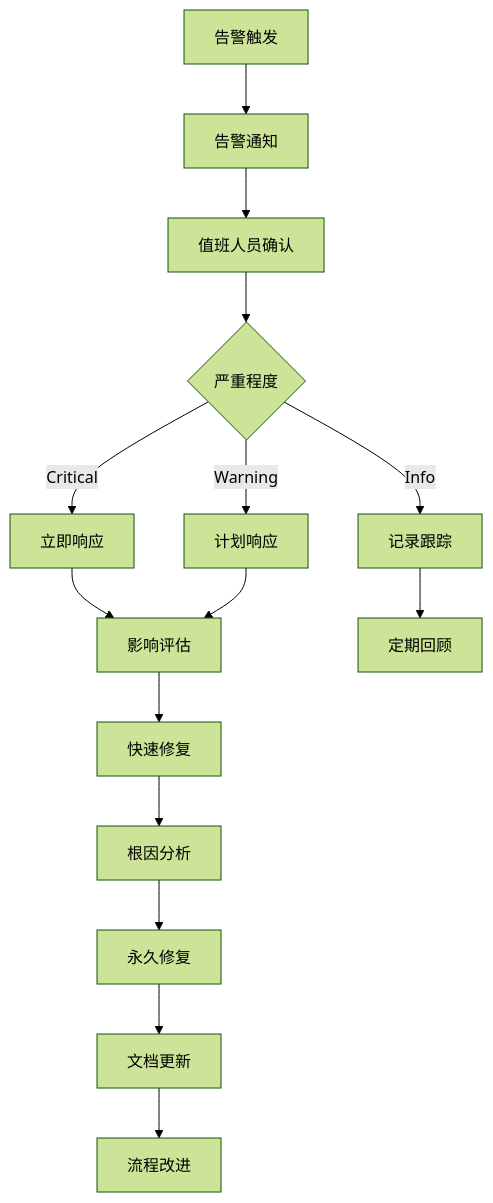
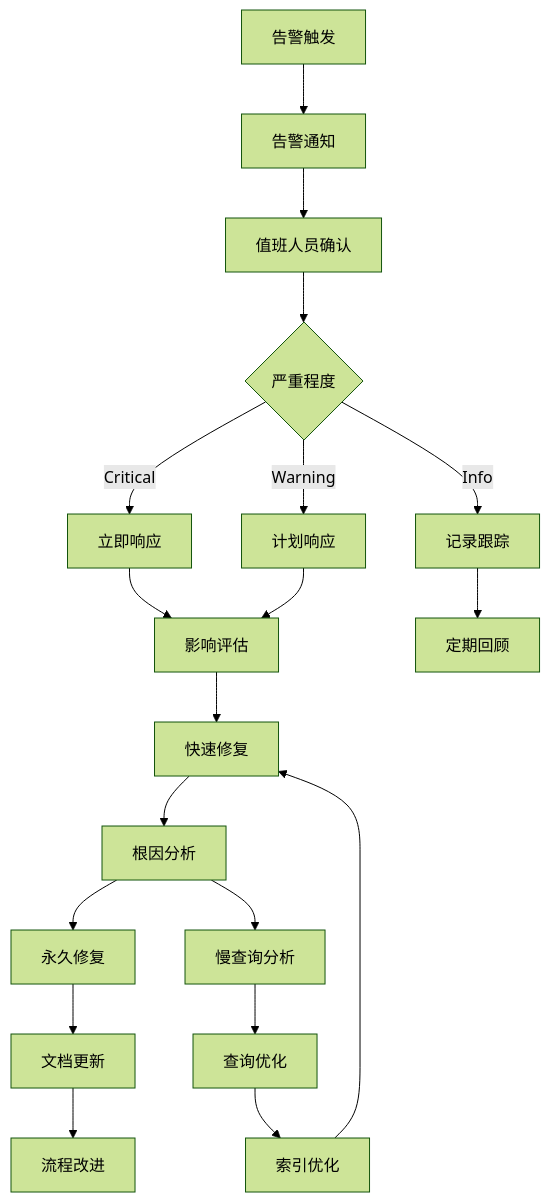
The second of 2 diagrams in docs/zh/monitoring/alerts.md (Lincoln-cn/JAiRouter), drawn with Mermaid (forest theme) before and after one commit. The commit also changed other lines of this file and 4 other files, not shown here.

````diff
--- a/docs/zh/monitoring/alerts.md
+++ b/docs/zh/monitoring/alerts.md
@@ -635,19 +674,24 @@
 ```mermaid
 graph TD
     A[告警触发] --> B[告警通知]
     B --> C[值班人员确认]
     C --> D{严重程度}
     D -->|Critical| E[立即响应]
     D -->|Warning| F[计划响应]
     D -->|Info| G[记录跟踪]
     
     E --> H[影响评估]
     F --> H
     G --> I[定期回顾]
     
     H --> J[快速修复]
     J --> K[根因分析]
     K --> L[永久修复]
     L --> M[文档更新]
     M --> N[流程改进]
+    
+    K --> O[慢查询分析]
+    O --> P[查询优化]
+    P --> Q[索引优化]
+    Q --> J
 ```
````
